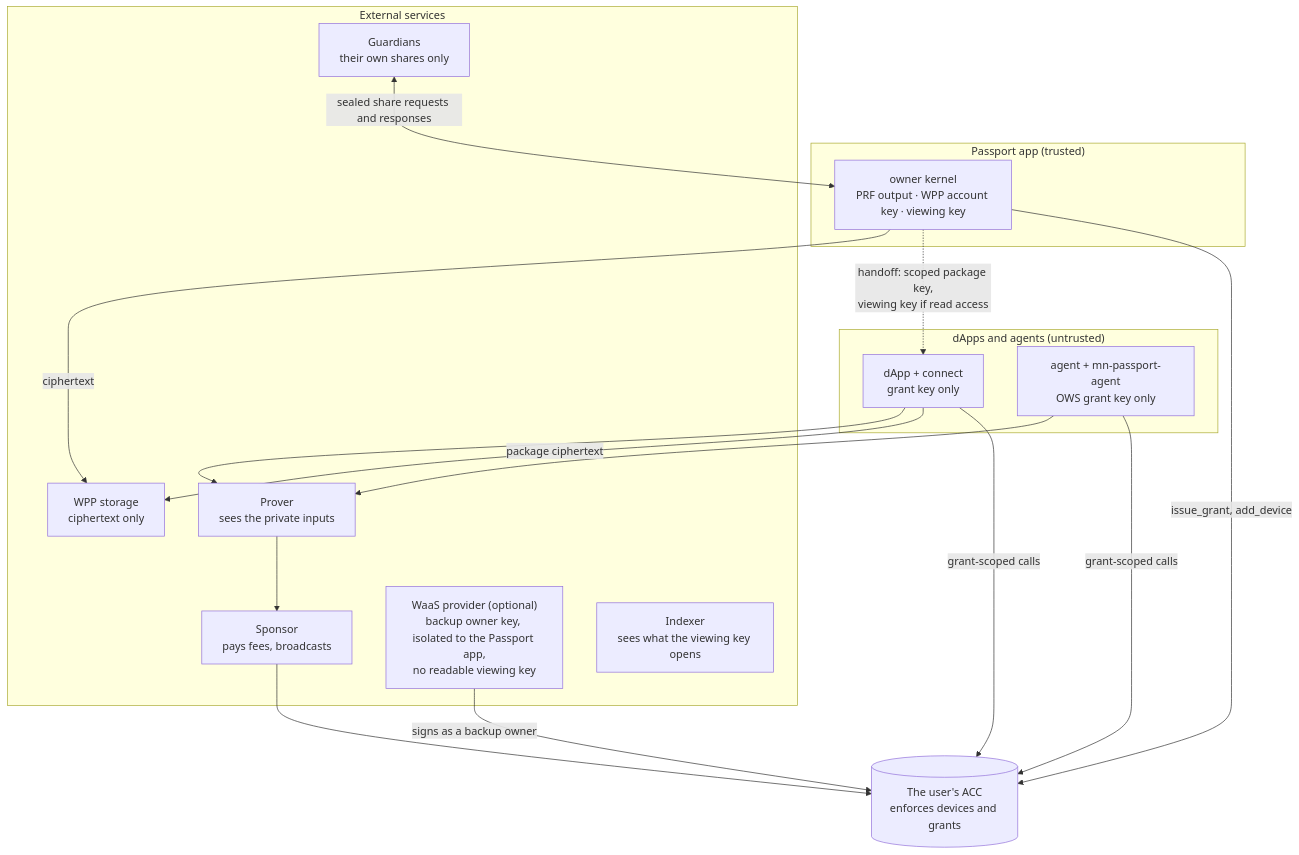
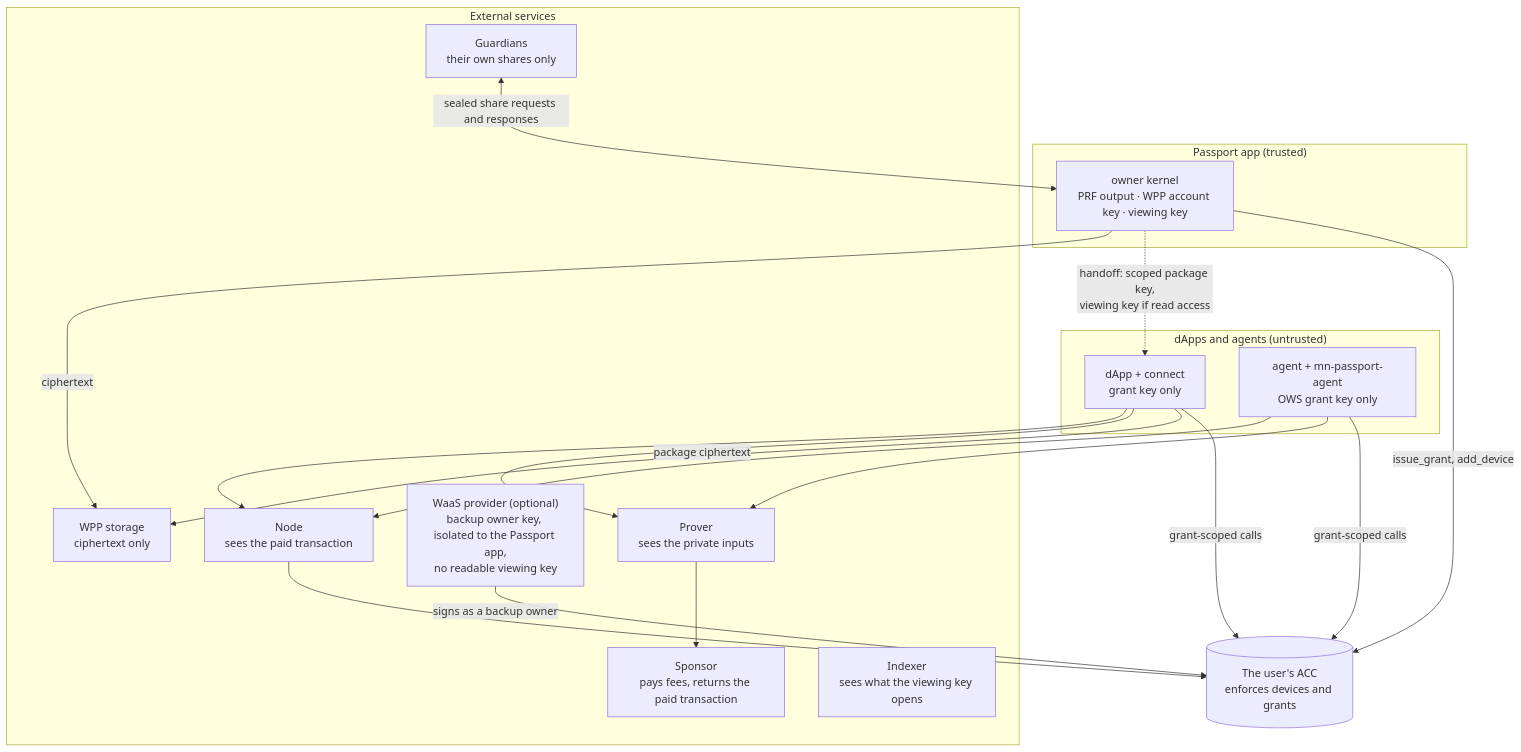
Before and after one commit to midnightntwrk/midnight-passport-sdk: the diagram in docs/architecture.md, drawn with Mermaid. The commit also changed other lines of this file and 4 other files, not shown here.

````diff
--- a/docs/architecture.md
+++ b/docs/architecture.md
@@ -313,32 +315,35 @@
 ```mermaid
 flowchart TB
   subgraph APP["Passport app (trusted)"]
     KERNEL["owner kernel<br/>PRF output · WPP account key · viewing key"]
   end
   subgraph CLIENTS["dApps and agents (untrusted)"]
     DAPP["dApp + connect<br/>grant key only"]
     AGENT["agent + mn-passport-agent<br/>OWS grant key only"]
   end
   subgraph EXT["External services"]
     PROVER["Prover<br/>sees the private inputs"]
-    SPONSOR["Sponsor<br/>pays fees, broadcasts"]
+    SPONSOR["Sponsor<br/>pays fees, returns the paid transaction"]
+    NODE["Node<br/>sees the paid transaction"]
     WAAS["WaaS provider (optional)<br/>backup owner key, isolated to the Passport app,<br/>no readable viewing key"]
     WPP["WPP storage<br/>ciphertext only"]
     IDX["Indexer<br/>sees what the viewing key opens"]
     GUARD["Guardians<br/>their own shares only"]
   end
   ACC[("The user's ACC<br/>enforces devices and grants")]
 
   KERNEL -->|"issue_grant, add_device"| ACC
   KERNEL -.->|"handoff: scoped package key,<br/>viewing key if read access"| DAPP
   KERNEL -->|"ciphertext"| WPP
   DAPP -->|"grant-scoped calls"| ACC
   AGENT -->|"grant-scoped calls"| ACC
   DAPP -->|"package ciphertext"| WPP
   GUARD <-->|"sealed share requests and responses"| KERNEL
   DAPP --> PROVER
   AGENT --> PROVER
   PROVER --> SPONSOR
-  SPONSOR --> ACC
+  DAPP --> NODE
+  AGENT --> NODE
+  NODE --> ACC
   WAAS -->|"signs as a backup owner"| ACC
 ```
````
